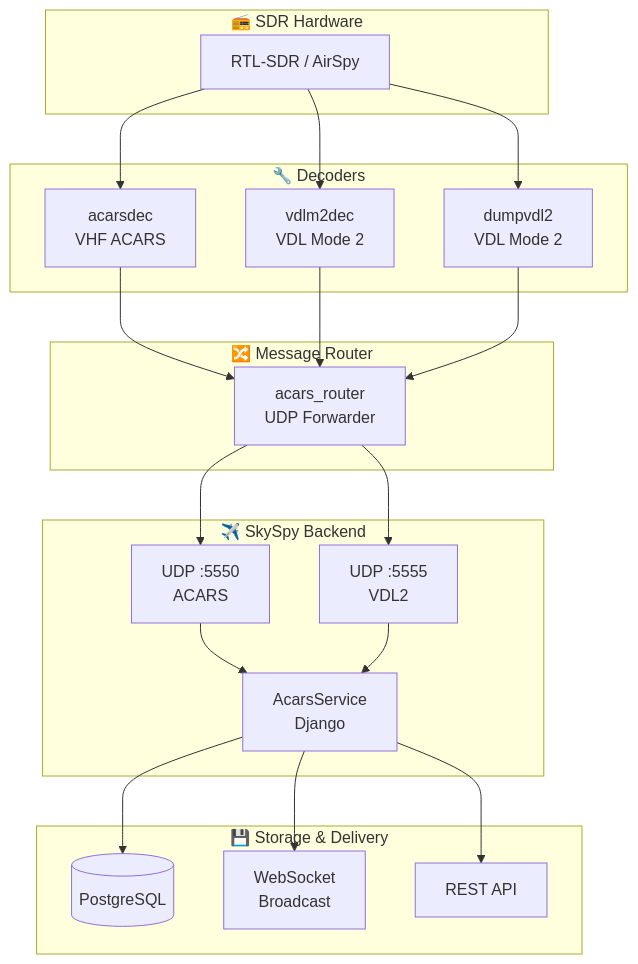
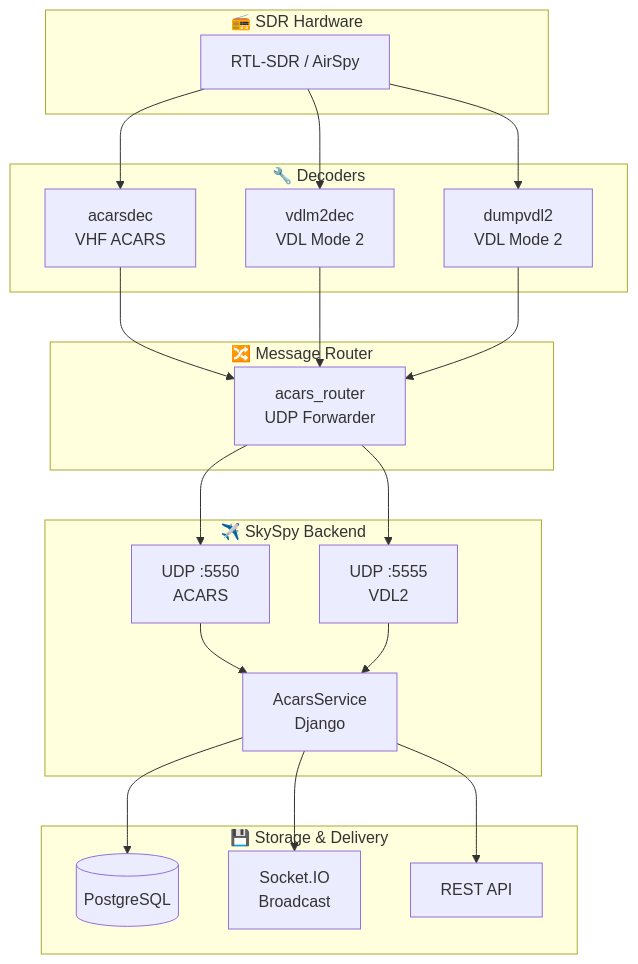
One commit to CHA0S-CORP/SkySpy changed the first of 5 diagrams in docs/14-acars.md. Above: the diagram before and after it, drawn with Mermaid.

````diff
--- a/docs/14-acars.md
+++ b/docs/14-acars.md
@@ -81,46 +81,46 @@
 ```mermaid
 flowchart TB
     subgraph Hardware["📻 SDR Hardware"]
         SDR[RTL-SDR / AirSpy]
     end
 
     subgraph Decoders["🔧 Decoders"]
         ACARS[acarsdec<br/>VHF ACARS]
         VDL2[vdlm2dec<br/>VDL Mode 2]
         DUMP[dumpvdl2<br/>VDL Mode 2]
     end
 
     subgraph Router["🔀 Message Router"]
         AR[acars_router<br/>UDP Forwarder]
     end
 
     subgraph SkySpy["✈️ SkySpy Backend"]
         UDP5550["UDP :5550<br/>ACARS"]
         UDP5555["UDP :5555<br/>VDL2"]
         SVC[AcarsService<br/>Django]
     end
 
     subgraph Storage["💾 Storage & Delivery"]
         DB[(PostgreSQL)]
-        WS[WebSocket<br/>Broadcast]
+        WS[Socket.IO<br/>Broadcast]
         API[REST API]
     end
 
     SDR --> ACARS
     SDR --> VDL2
     SDR --> DUMP
 
     ACARS --> AR
     VDL2 --> AR
     DUMP --> AR
 
     AR --> UDP5550
     AR --> UDP5555
 
     UDP5550 --> SVC
     UDP5555 --> SVC
 
     SVC --> DB
     SVC --> WS
     SVC --> API
 ```
````
